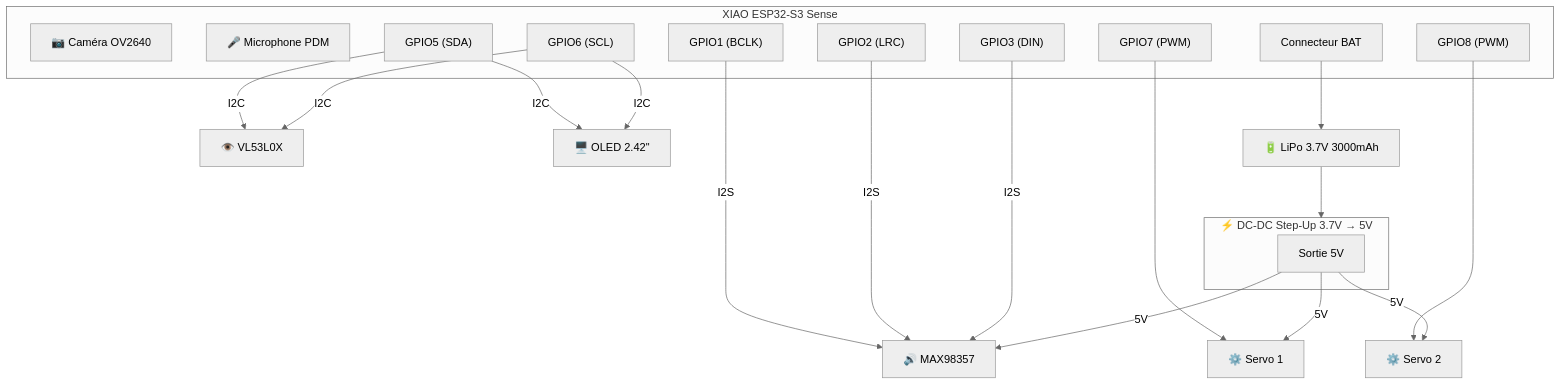
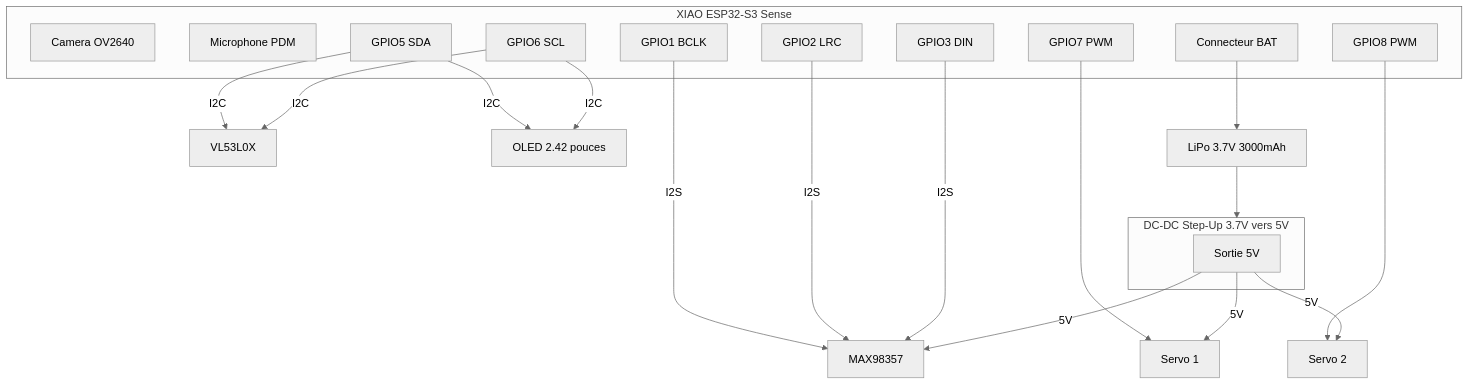
The seventh of 8 diagrams in TARS_Robot_Build_FR.md (zabbix-byte/real-tars), drawn with Mermaid (neutral theme) before and after one commit. The commit also changed other lines of this file and 2 other files, not shown here.

Commit message:
refactor: update architecture diagrams and component descriptions in README files

````diff
--- a/TARS_Robot_Build_FR.md
+++ b/TARS_Robot_Build_FR.md
@@ -531,42 +533,42 @@
 ```mermaid
 graph TB
     subgraph ESP["XIAO ESP32-S3 Sense"]
-        CAM["📷 Caméra OV2640"]
-        MIC["🎤 Microphone PDM"]
-        SDA["GPIO5 (SDA)"]
-        SCL["GPIO6 (SCL)"]
-        BCLK["GPIO1 (BCLK)"]
-        LRC["GPIO2 (LRC)"]
-        DIN["GPIO3 (DIN)"]
-        PWM1["GPIO7 (PWM)"]
-        PWM2["GPIO8 (PWM)"]
+        CAM["Camera OV2640"]
+        MIC["Microphone PDM"]
+        SDA["GPIO5 SDA"]
+        SCL["GPIO6 SCL"]
+        BCLK["GPIO1 BCLK"]
+        LRC["GPIO2 LRC"]
+        DIN["GPIO3 DIN"]
+        PWM1["GPIO7 PWM"]
+        PWM2["GPIO8 PWM"]
         BATC["Connecteur BAT"]
     end
 
-    VL["👁️ VL53L0X"]
-    OLED["🖥️ OLED 2.42&quot;"]
-    AMP["🔊 MAX98357"]
-    SRV1["⚙️ Servo 1"]
-    SRV2["⚙️ Servo 2"]
-    BATT["🔋 LiPo 3.7V 3000mAh"]
+    VL["VL53L0X"]
+    OLED["OLED 2.42 pouces"]
+    AMP["MAX98357"]
+    SRV1["Servo 1"]
+    SRV2["Servo 2"]
+    BATT["LiPo 3.7V 3000mAh"]
 
     SDA -->|"I2C"| VL
     SDA -->|"I2C"| OLED
     SCL -->|"I2C"| VL
     SCL -->|"I2C"| OLED
     BCLK -->|"I2S"| AMP
     LRC -->|"I2S"| AMP
     DIN -->|"I2S"| AMP
     PWM1 --> SRV1
     PWM2 --> SRV2
     BATC --> BATT
 
-    subgraph POWER["⚡ DC-DC Step-Up 3.7V → 5V"]
+    subgraph POWER["DC-DC Step-Up 3.7V vers 5V"]
         P5V["Sortie 5V"]
     end
 
     BATT --> POWER
     P5V -->|"5V"| SRV1
     P5V -->|"5V"| SRV2
     P5V -->|"5V"| AMP
 ```
````
